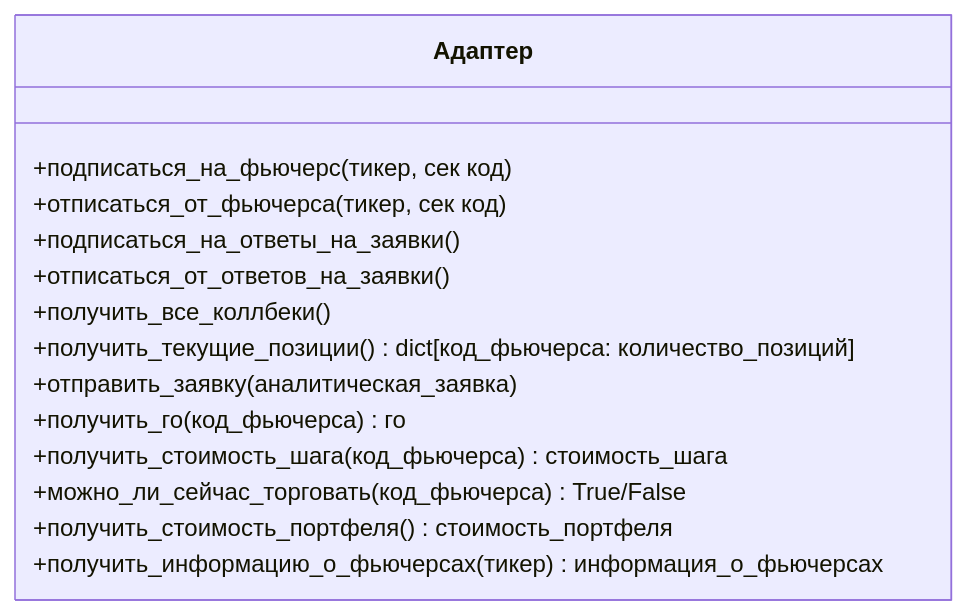
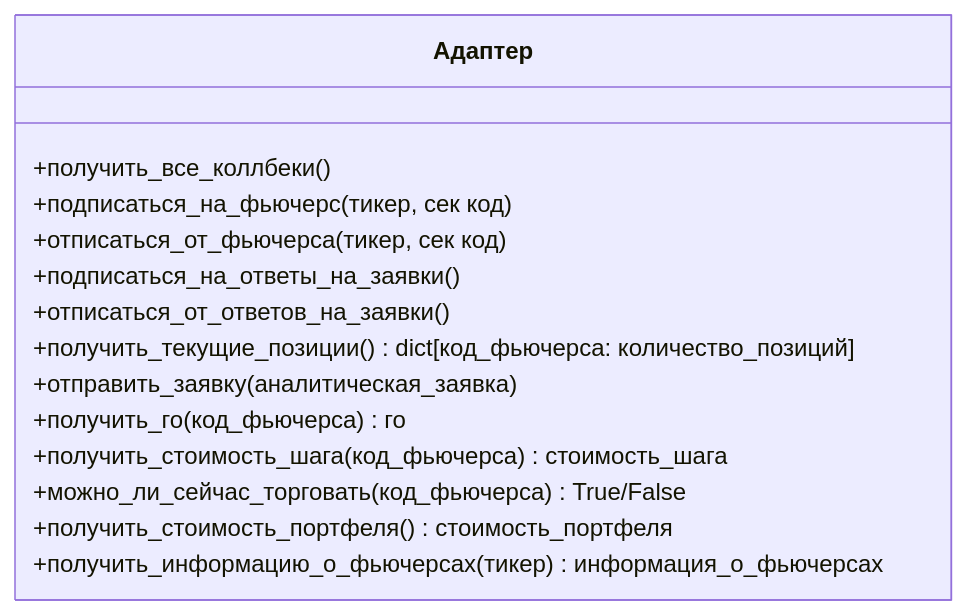
Diagram 13 of 26 in robot-logic.md (Marat22/MiriadRobotDocs), drawn with Mermaid before and after one commit. The commit also changed other lines of this file, not shown here.

````diff
--- a/robot-logic.md
+++ b/robot-logic.md
@@ -370,17 +375,17 @@
 ```mermaid
 classDiagram
   class Адаптер{
+    +получить_все_коллбеки()
     +подписаться_на_фьючерс(тикер, сек код)
     +отписаться_от_фьючерса(тикер, сек код)
     +подписаться_на_ответы_на_заявки()
     +отписаться_от_ответов_на_заявки()
-    +получить_все_коллбеки()
     +получить_текущие_позиции() dict[код_фьючерса: количество_позиций]
     +отправить_заявку(аналитическая_заявка) 
     +получить_го(код_фьючерса) го
     +получить_стоимость_шага(код_фьючерса) стоимость_шага
     +можно_ли_сейчас_торговать(код_фьючерса) True/False
     +получить_стоимость_портфеля() стоимость_портфеля
     +получить_информацию_о_фьючерсах(тикер) информация_о_фьючерсах
   }
 ```
````
